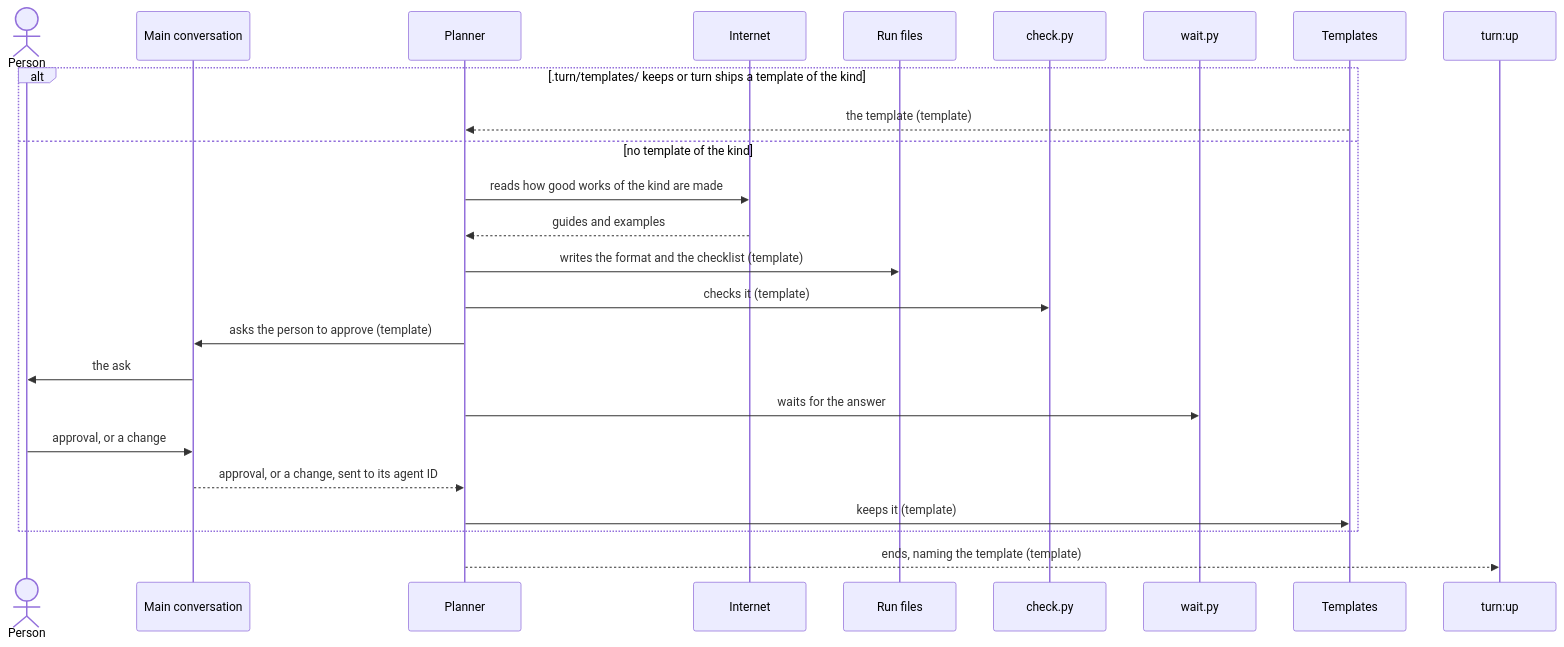
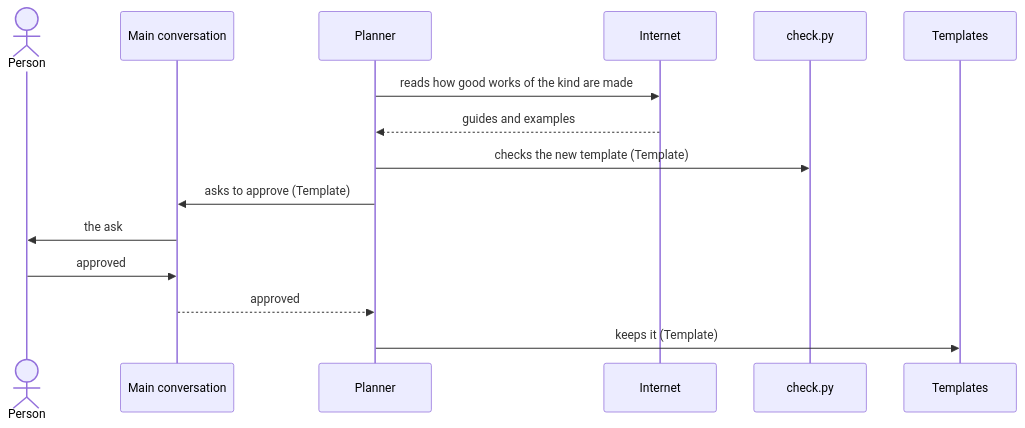
One commit to lovaizu/ccpm changed the second of 5 diagrams in dev/turn/architecture.md. Above: the diagram before and after it, drawn with Mermaid. The commit also changed other lines of this file and 1 other file, not shown here.

First line of the commit message:
turn's architecture rewritten from its design tree on the architecture template alone

````diff
--- a/dev/turn/architecture.md
+++ b/dev/turn/architecture.md
@@ -342,27 +182,17 @@
 ```mermaid
 sequenceDiagram
   actor P as Person
   participant M as Main conversation
   participant PL as Planner
   participant W as Internet
-  participant R as Run files
   participant C as check.py
-  participant WT as wait.py
   participant T as Templates
-  participant U as turn:up
-  alt .turn/templates/ keeps or turn ships a template of the kind
-    T-->>PL: the template (template)
-  else no template of the kind
-    PL->>W: reads how good works of the kind are made
-    W-->>PL: guides and examples
-    PL->>R: writes the format and the checklist (template)
-    PL->>C: checks it (template)
-    PL->>M: asks the person to approve (template)
-    M->>P: the ask
-    PL->>WT: waits for the answer
-    P->>M: approval, or a change
-    M-->>PL: approval, or a change, sent to its agent ID
-    PL->>T: keeps it (template)
-  end
-  PL-->>U: ends, naming the template (template)
+  PL->>W: reads how good works of the kind are made
+  W-->>PL: guides and examples
+  PL->>C: checks the new template (Template)
+  PL->>M: asks to approve (Template)
+  M->>P: the ask
+  P->>M: approved
+  M-->>PL: approved
+  PL->>T: keeps it (Template)
 ```
````
